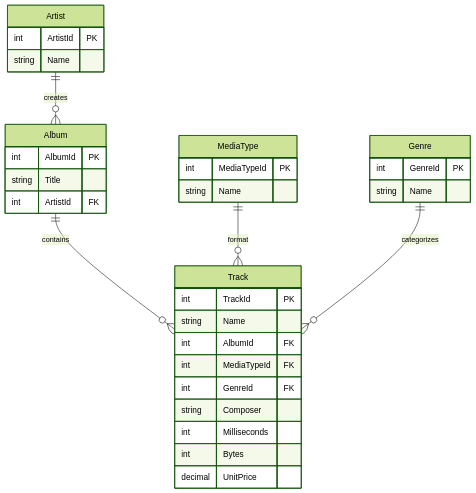
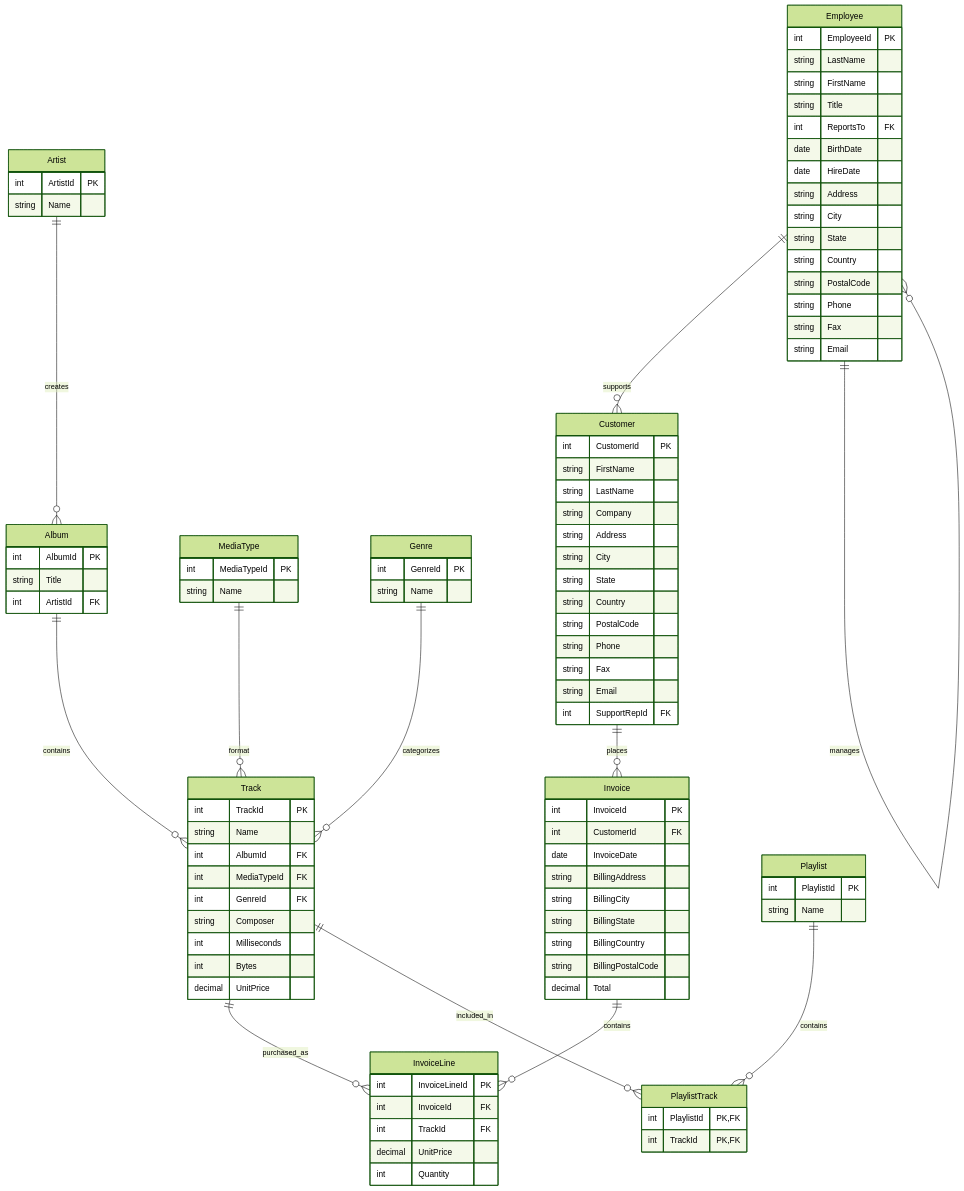
One commit to maglietti/ignite3-chinook-demo changed the diagram in src/docs/data-model-doc.md. Above: the diagram before and after it, drawn with Mermaid (forest theme). The commit also changed other lines of this file and 8 other files, not shown here.

````diff
--- a/src/docs/data-model-doc.md
+++ b/src/docs/data-model-doc.md
@@ -10,6 +10,13 @@
     Album ||--o{ Track : contains
     MediaType ||--o{ Track : format
     Genre ||--o{ Track : categorizes
+    Customer ||--o{ Invoice : places
+    Invoice ||--o{ InvoiceLine : contains
+    Track ||--o{ InvoiceLine : purchased_as
+    Employee ||--o{ Customer : supports
+    Employee ||--o{ Employee : manages
+    Playlist ||--o{ PlaylistTrack : contains
+    Track ||--o{ PlaylistTrack : included_in
     
     Artist {
         int ArtistId PK
@@ -43,4 +50,68 @@
         int MediaTypeId PK
         string Name
     }
+    
+    Customer {
+        int CustomerId PK
+        string FirstName
+        string LastName
+        string Company
+        string Address
+        string City
+        string State
+        string Country
+        string PostalCode
+        string Phone
+        string Fax
+        string Email
+        int SupportRepId FK
+    }
+    
+    Employee {
+        int EmployeeId PK
+        string LastName
+        string FirstName
+        string Title
+        int ReportsTo FK
+        date BirthDate
+        date HireDate
+        string Address
+        string City
+        string State
+        string Country
+        string PostalCode
+        string Phone
+        string Fax
+        string Email
+    }
+    
+    Invoice {
+        int InvoiceId PK
+        int CustomerId FK
+        date InvoiceDate
+        string BillingAddress
+        string BillingCity
+        string BillingState
+        string BillingCountry
+        string BillingPostalCode
+        decimal Total
+    }
+    
+    InvoiceLine {
+        int InvoiceLineId PK
+        int InvoiceId FK
+        int TrackId FK
+        decimal UnitPrice
+        int Quantity
+    }
+    
+    Playlist {
+        int PlaylistId PK
+        string Name
+    }
+    
+    PlaylistTrack {
+        int PlaylistId PK,FK
+        int TrackId PK,FK
+    }
 ```
````
